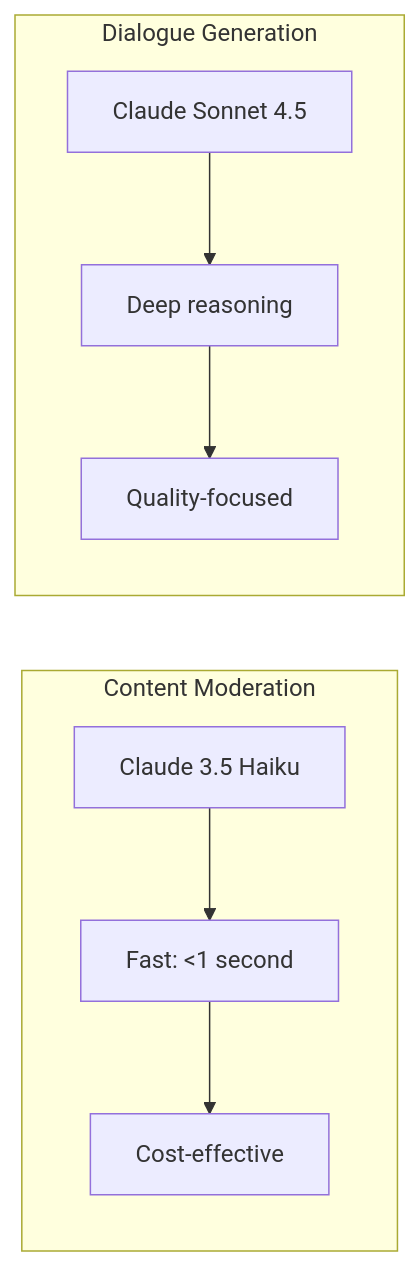
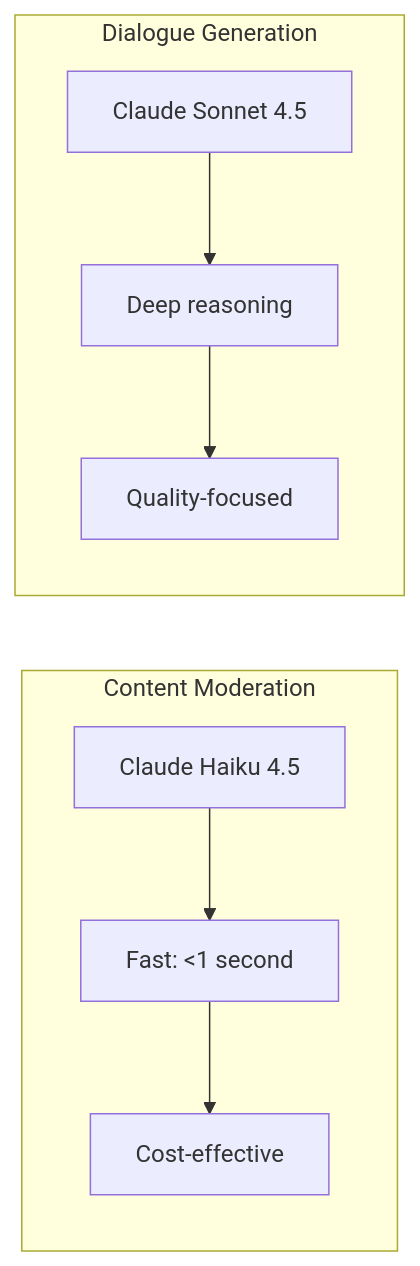
One commit to darth-dodo/socratic-sofa changed the sixth of 10 diagrams in docs/architecture/overview.md. Above: the diagram before and after it, drawn with Mermaid. The commit also changed other lines of this file and 8 other files, not shown here.

First line of the commit message:
fix: replace retired Claude Haiku 3.5 model in content filter

````diff
--- a/docs/architecture/overview.md
+++ b/docs/architecture/overview.md
@@ -230,17 +230,17 @@
 ```mermaid
 flowchart LR
     subgraph Moderation["Content Moderation"]
-        H["Claude 3.5 Haiku"]
+        H["Claude Haiku 4.5"]
         F["Fast: <1 second"]
         C["Cost-effective"]
     end
 
     subgraph Dialogue["Dialogue Generation"]
         S["Claude Sonnet 4.5"]
         D["Deep reasoning"]
         Q["Quality-focused"]
     end
 
     H --> F --> C
     S --> D --> Q
 ```
````
